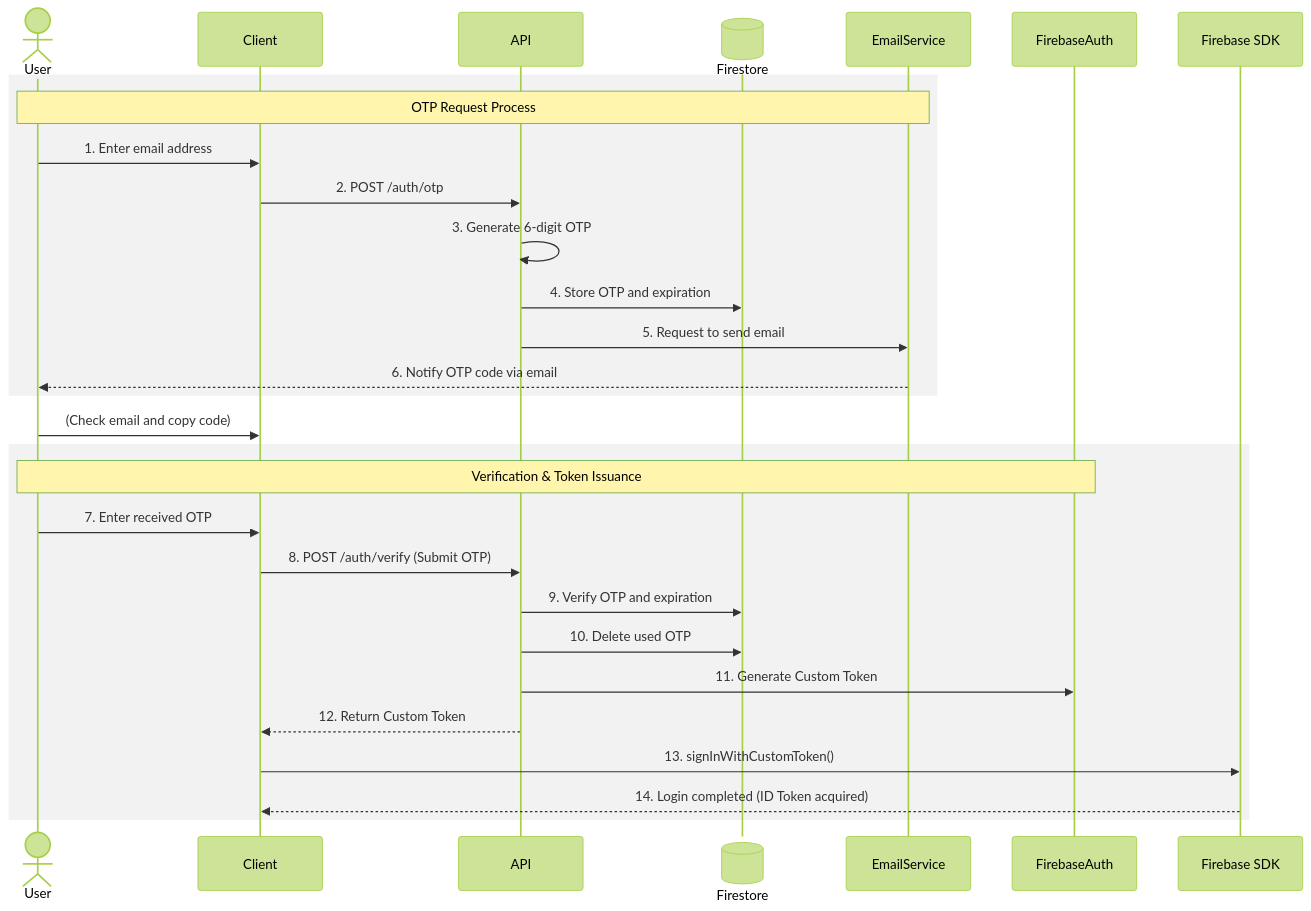
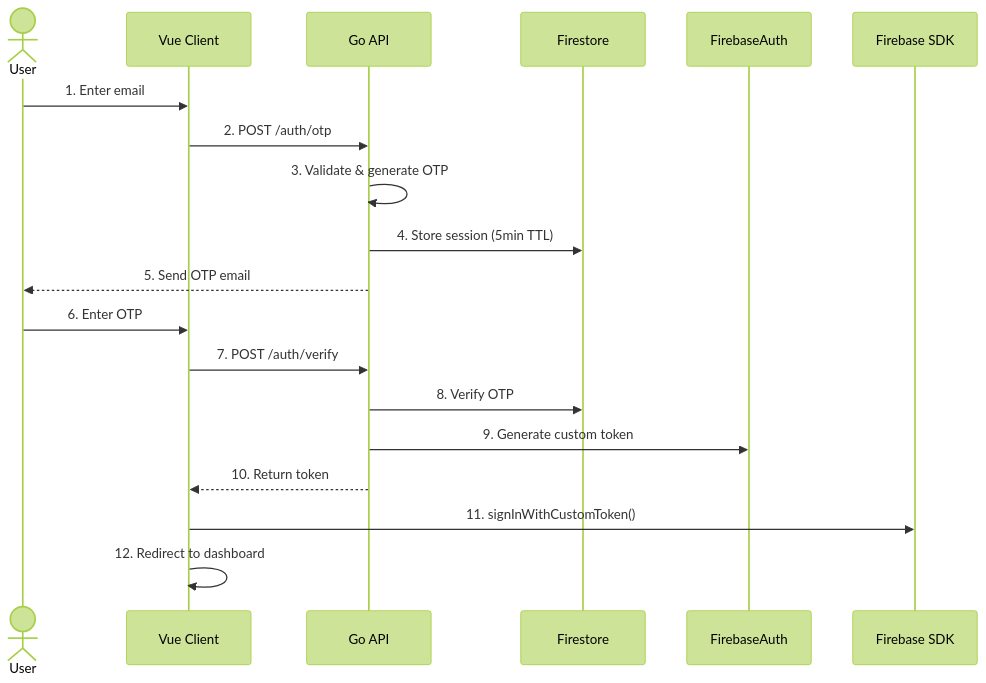
Before and after one commit to OTakumi/custom_auth_with_firebase: the diagram in README.md, drawn with Mermaid (forest theme). The commit also changed other lines of this file, not shown here.

````diff
--- a/README.md
+++ b/README.md
@@ -15,36 +95,22 @@
 ```mermaid
 sequenceDiagram
     actor User
-    participant Client
-    participant API
-    participant Firestore@{ "type":"database" }
-    participant EmailService
+    participant Client as Vue Client
+    participant API as Go API
+    participant Firestore
     participant FirebaseAuth
 
-    %% --- OTP Request Process ---
-    rect rgb(128, 128, 128, 0.1)
-        Note over User, EmailService: OTP Request Process
-        User->>Client: 1. Enter email address
-        Client->>API: 2. POST /auth/otp
-        API->>API: 3. Generate 6-digit OTP
-        API->>Firestore: 4. Store OTP and expiration
-        API->>EmailService: 5. Request to send email
-        EmailService-->>User: 6. Notify OTP code via email
-    end
+    User->>Client: 1. Enter email
+    Client->>API: 2. POST /auth/otp
+    API->>API: 3. Validate & generate OTP
+    API->>Firestore: 4. Store session (5min TTL)
+    API-->>User: 5. Send OTP email
 
-    User->>Client: (Check email and copy code)
-
-    %% --- OTP Verification & Token Issuance Process ---
-    rect rgb(128, 128, 128, 0.1)
-        Note over User, FirebaseAuth: Verification & Token Issuance
-        User->>Client: 7. Enter received OTP
-        Client->>API: 8. POST /auth/verify (Submit OTP)
-        API->>Firestore: 9. Verify OTP and expiration
-        API->>Firestore: 10. Delete used OTP
-        API->>FirebaseAuth: 11. Generate Custom Token
-        API-->>Client: 12. Return Custom Token
-    
-        Client->>Firebase SDK: 13. signInWithCustomToken()
-        Firebase SDK-->>Client: 14. Login completed (ID Token acquired)
-    end
+    User->>Client: 6. Enter OTP
+    Client->>API: 7. POST /auth/verify
+    API->>Firestore: 8. Verify OTP
+    API->>FirebaseAuth: 9. Generate custom token
+    API-->>Client: 10. Return token
+    Client->>Firebase SDK: 11. signInWithCustomToken()
+    Client->>Client: 12. Redirect to dashboard
 ```
````
